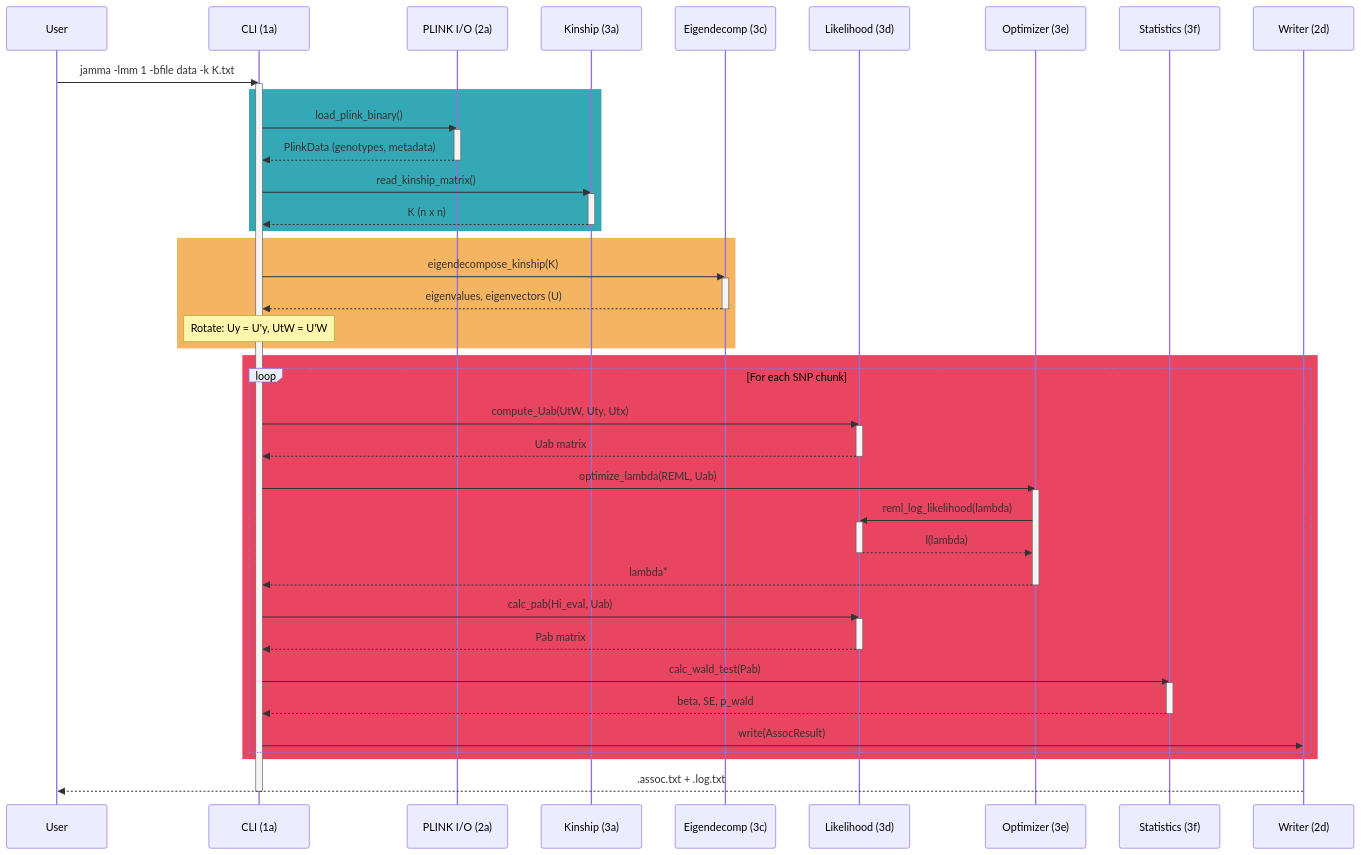
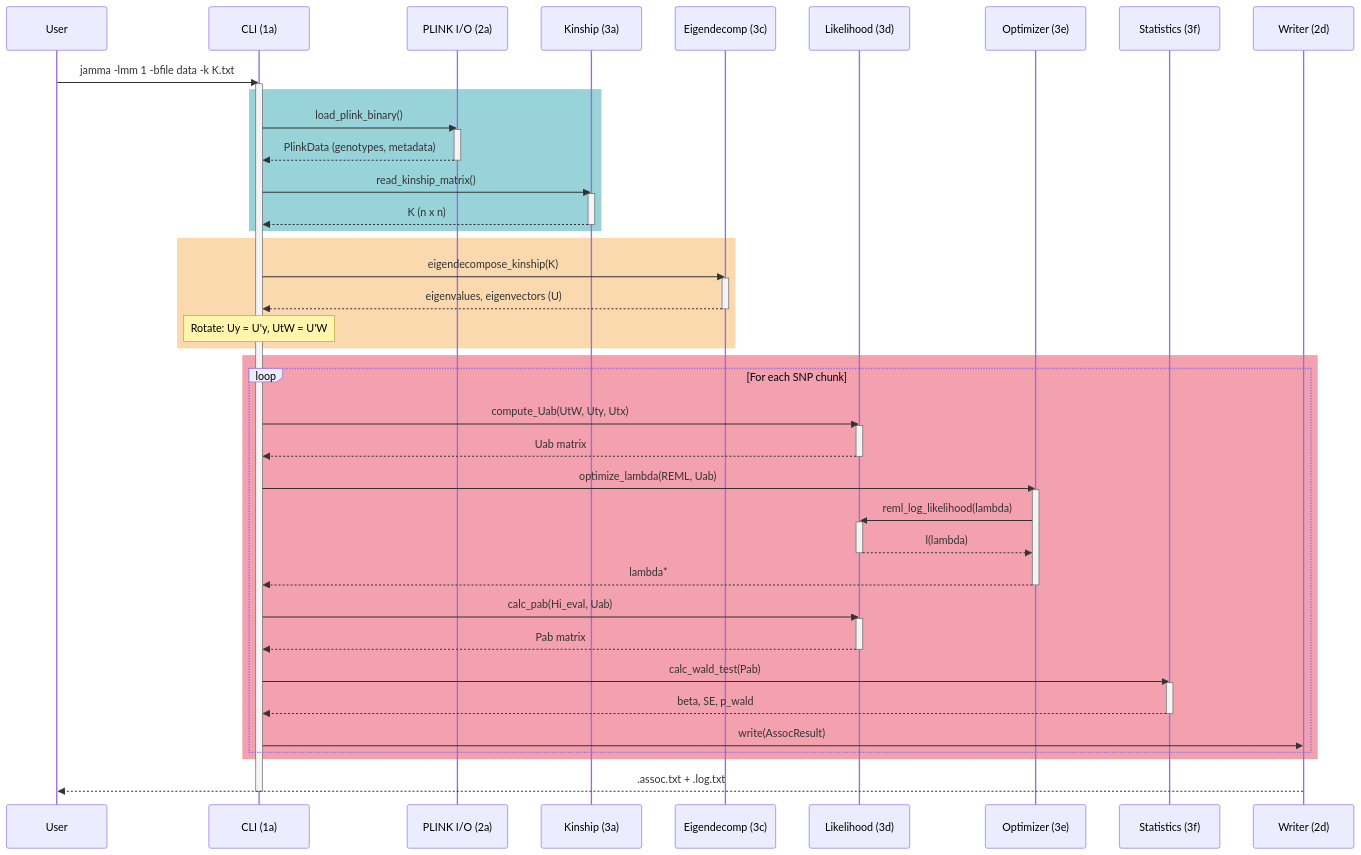
The second of 5 diagrams in docs/CODEMAP.md (michael-denyer/jamma), drawn with Mermaid before and after one commit.

Commit message:
docs: split the difference — 50% opacity rect phase bands

````diff
--- a/docs/CODEMAP.md
+++ b/docs/CODEMAP.md
@@ -321,63 +321,63 @@
 ```mermaid
 sequenceDiagram
     participant U as User
     participant CLI as CLI (1a)
     participant IO as PLINK I/O (2a)
     participant K as Kinship (3a)
     participant E as Eigendecomp (3c)
     participant L as Likelihood (3d)
     participant O as Optimizer (3e)
     participant S as Statistics (3f)
     participant W as Writer (2d)
 
     U->>CLI: jamma -lmm 1 -bfile data -k K.txt
     activate CLI
 
-    rect rgb(53, 168, 182)
+    rect rgba(53, 168, 182, 0.5)
         CLI->>IO: load_plink_binary()
         activate IO
         IO-->>CLI: PlinkData (genotypes, metadata)
         deactivate IO
         CLI->>K: read_kinship_matrix()
         activate K
         K-->>CLI: K (n x n)
         deactivate K
     end
 
-    rect rgb(245, 180, 97)
+    rect rgba(245, 180, 97, 0.5)
         CLI->>E: eigendecompose_kinship(K)
         activate E
         E-->>CLI: eigenvalues, eigenvectors (U)
         deactivate E
         Note over CLI: Rotate: Uy = U'y, UtW = U'W
     end
 
-    rect rgb(233, 69, 96)
+    rect rgba(233, 69, 96, 0.5)
         loop For each SNP chunk
             CLI->>L: compute_Uab(UtW, Uty, Utx)
             activate L
             L-->>CLI: Uab matrix
             deactivate L
             CLI->>O: optimize_lambda(REML, Uab)
             activate O
             O->>L: reml_log_likelihood(lambda)
             activate L
             L-->>O: l(lambda)
             deactivate L
             O-->>CLI: lambda*
             deactivate O
             CLI->>L: calc_pab(Hi_eval, Uab)
             activate L
             L-->>CLI: Pab matrix
             deactivate L
             CLI->>S: calc_wald_test(Pab)
             activate S
             S-->>CLI: beta, SE, p_wald
             deactivate S
             CLI->>W: write(AssocResult)
         end
     end
 
     W-->>U: .assoc.txt + .log.txt
     deactivate CLI
 ```
````
